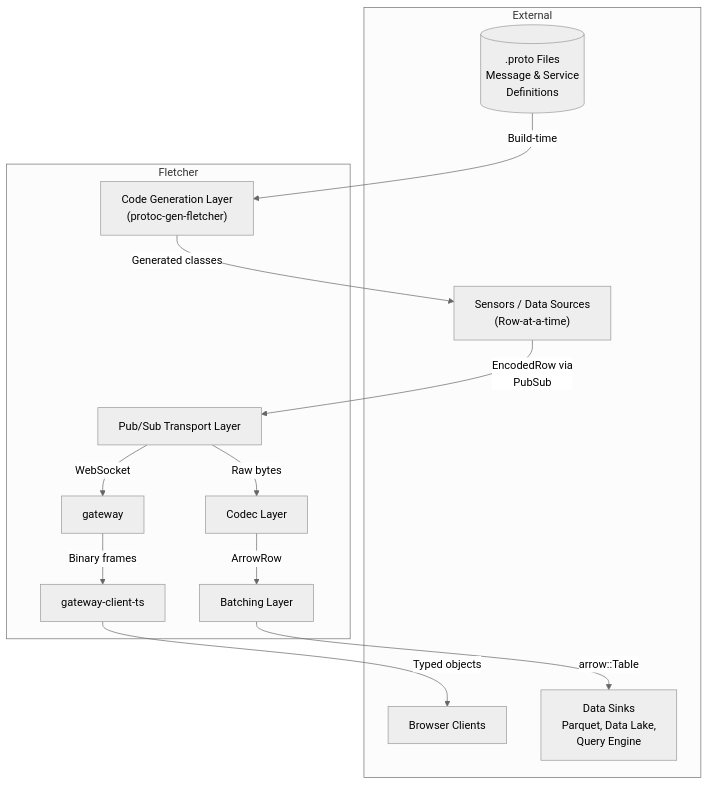
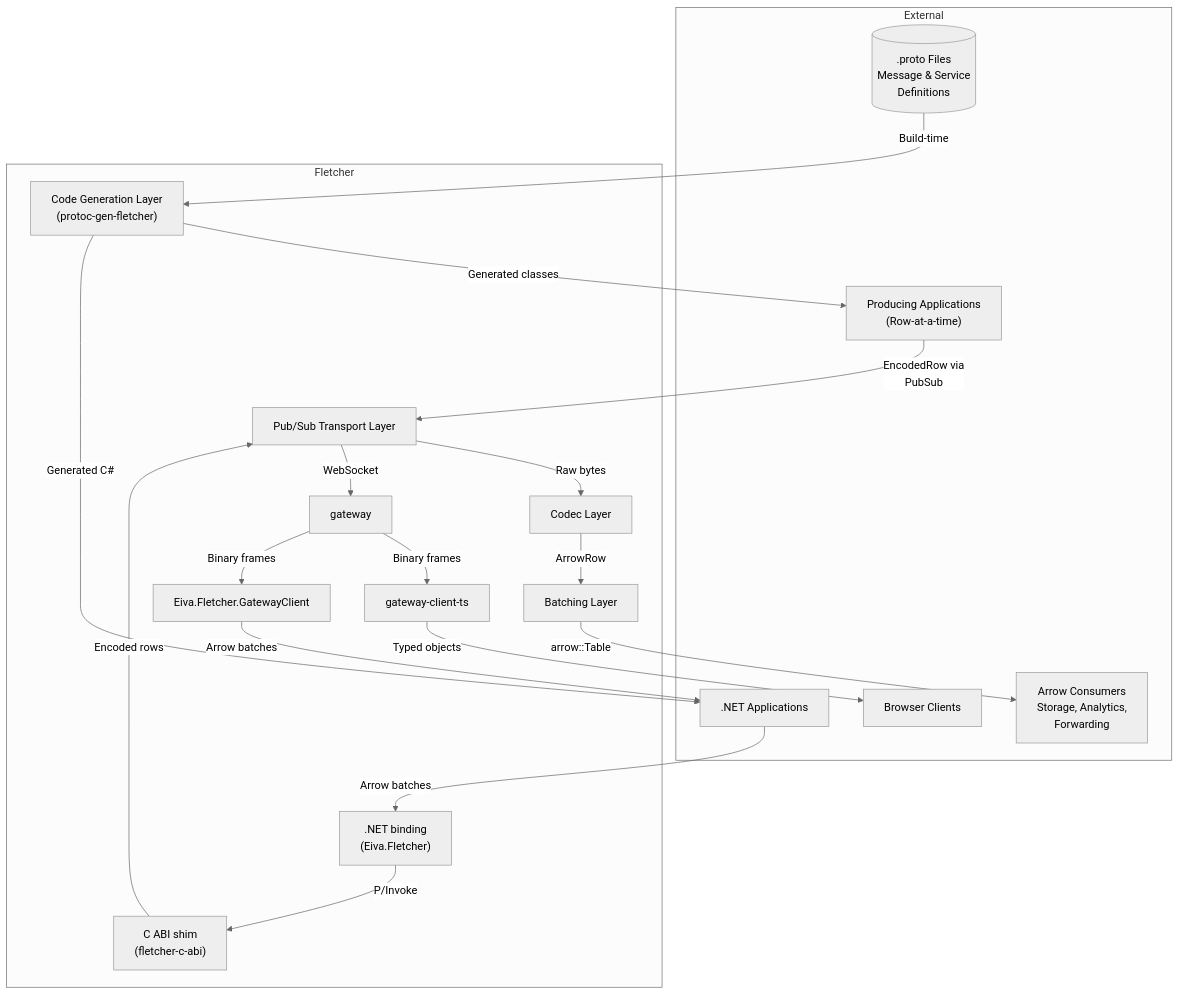
Before and after one commit to eivacom/Fletcher: the first of 5 diagrams in docs/component-diagram.md, drawn with Mermaid (neutral theme). The commit also changed other lines of this file and 7 other files, not shown here.

````diff
--- a/docs/component-diagram.md
+++ b/docs/component-diagram.md
@@ -5,28 +5,38 @@
 ```mermaid
 graph TB
     subgraph External
         PROTO[(".proto Files<br/>Message & Service<br/>Definitions")]
-        SENSORS["Sensors / Data Sources<br/>(Row-at-a-time)"]
+        PRODUCERS["Producing Applications<br/>(Row-at-a-time)"]
         BROWSERS["Browser Clients"]
-        SINKS["Data Sinks<br/>Parquet, Data Lake,<br/>Query Engine"]
+        DOTNET_APPS[".NET Applications"]
+        SINKS["Arrow Consumers<br/>Storage, Analytics,<br/>Forwarding"]
     end
 
     subgraph System ["Fletcher"]
         CODEGEN["Code Generation Layer<br/>(protoc-gen-fletcher)"]
         PUBSUB["Pub/Sub Transport Layer"]
         CODEC["Codec Layer"]
         BATCH["Batching Layer"]
         WEBGW["gateway"]
         WEBCL["gateway-client-ts"]
+        CABI["C ABI shim<br/>(fletcher-c-abi)"]
+        DOTNET[".NET binding<br/>(Eiva.Fletcher)"]
+        DOTNET_GW["Eiva.Fletcher.GatewayClient"]
     end
 
     PROTO -->|Build-time| CODEGEN
-    CODEGEN -->|Generated classes| SENSORS
-    SENSORS -->|EncodedRow via<br/>PubSub| PUBSUB
+    CODEGEN -->|Generated classes| PRODUCERS
+    CODEGEN -->|Generated C#| DOTNET_APPS
+    PRODUCERS -->|EncodedRow via<br/>PubSub| PUBSUB
     PUBSUB -->|Raw bytes| CODEC
     CODEC -->|ArrowRow| BATCH
     BATCH -->|arrow::Table| SINKS
     PUBSUB -->|WebSocket| WEBGW
     WEBGW -->|Binary frames| WEBCL
     WEBCL -->|Typed objects| BROWSERS
+    DOTNET_APPS -->|Arrow batches| DOTNET
+    DOTNET -->|P/Invoke| CABI
+    CABI -->|Encoded rows| PUBSUB
+    WEBGW -->|Binary frames| DOTNET_GW
+    DOTNET_GW -->|Arrow batches| DOTNET_APPS
 ```
````
